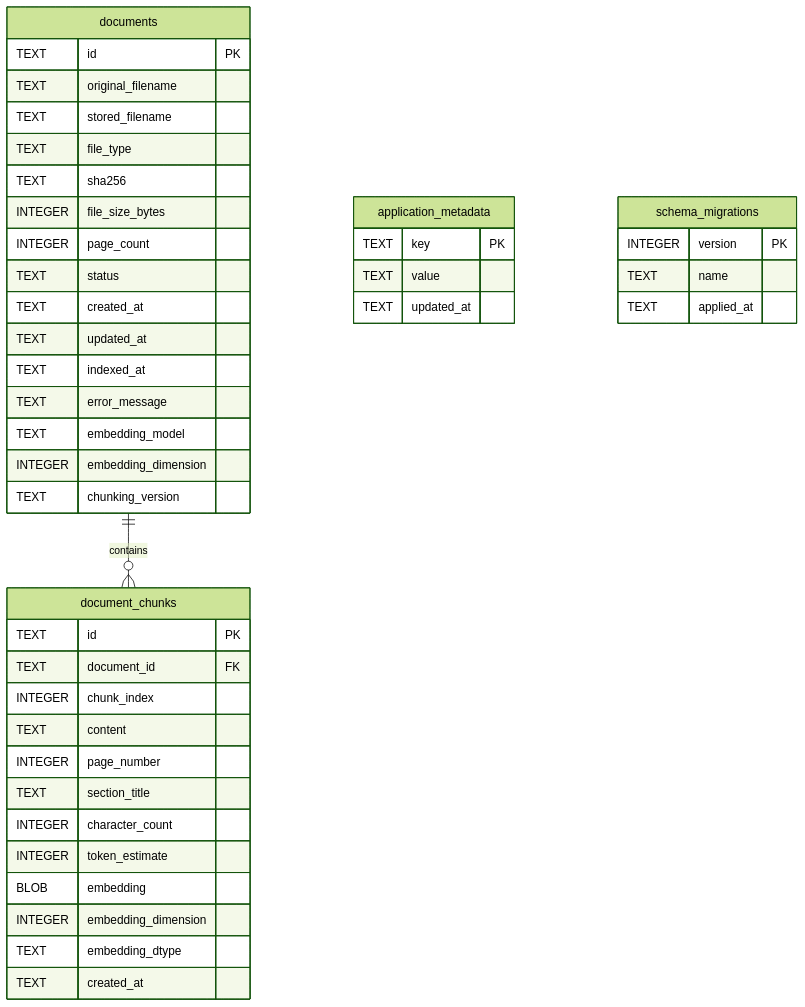
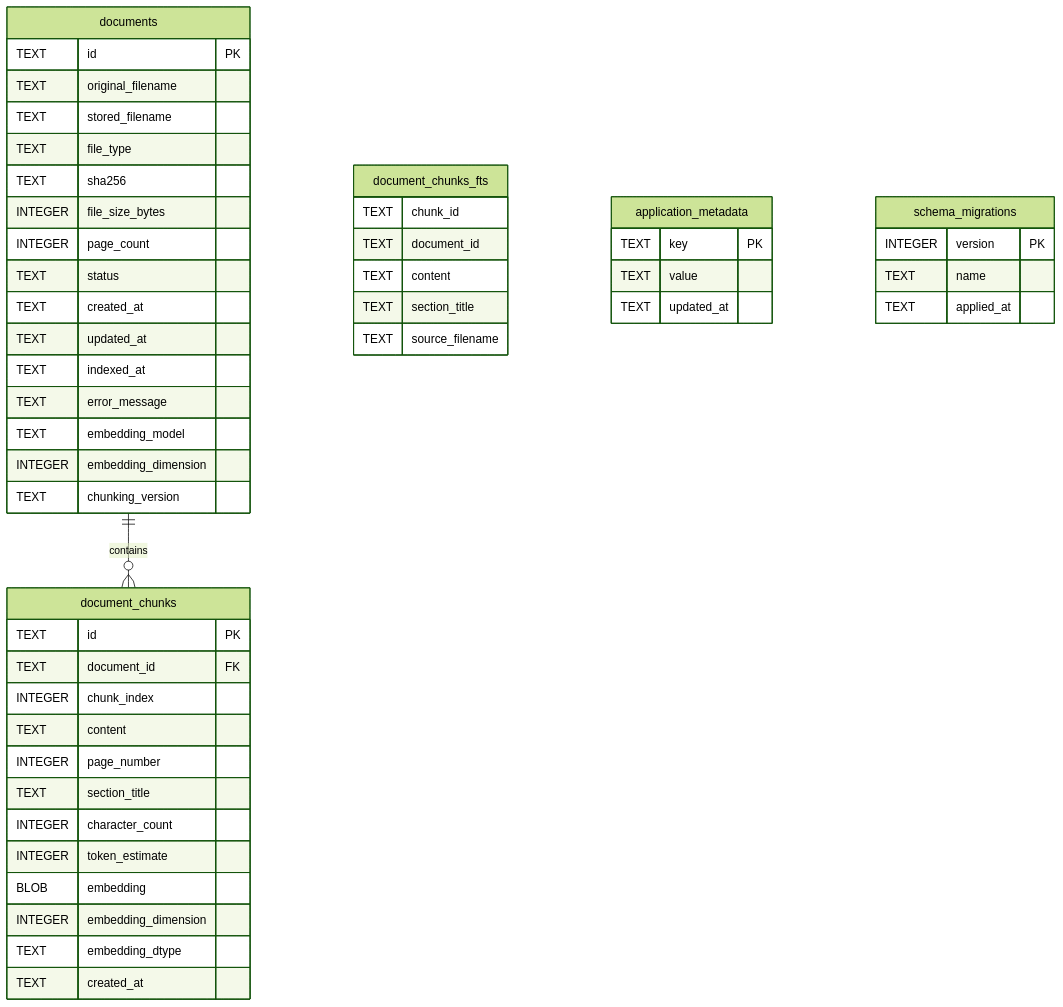
The diagram in docs/database-schema.md (bariskalender/groundnote), drawn with Mermaid (forest theme) before and after one commit. The commit also changed other lines of this file and 40 other files, not shown here.

````diff
--- a/docs/database-schema.md
+++ b/docs/database-schema.md
@@ -6,45 +6,52 @@
 ```mermaid
 erDiagram
     documents ||--o{ document_chunks : contains
     documents {
         TEXT id PK
         TEXT original_filename
         TEXT stored_filename
         TEXT file_type
         TEXT sha256
         INTEGER file_size_bytes
         INTEGER page_count
         TEXT status
         TEXT created_at
         TEXT updated_at
         TEXT indexed_at
         TEXT error_message
         TEXT embedding_model
         INTEGER embedding_dimension
         TEXT chunking_version
     }
     document_chunks {
         TEXT id PK
         TEXT document_id FK
         INTEGER chunk_index
         TEXT content
         INTEGER page_number
         TEXT section_title
         INTEGER character_count
         INTEGER token_estimate
         BLOB embedding
         INTEGER embedding_dimension
         TEXT embedding_dtype
         TEXT created_at
     }
+    document_chunks_fts {
+        TEXT chunk_id
+        TEXT document_id
+        TEXT content
+        TEXT section_title
+        TEXT source_filename
+    }
     application_metadata {
         TEXT key PK
         TEXT value
         TEXT updated_at
     }
     schema_migrations {
         INTEGER version PK
         TEXT name
         TEXT applied_at
     }
 ```
````
